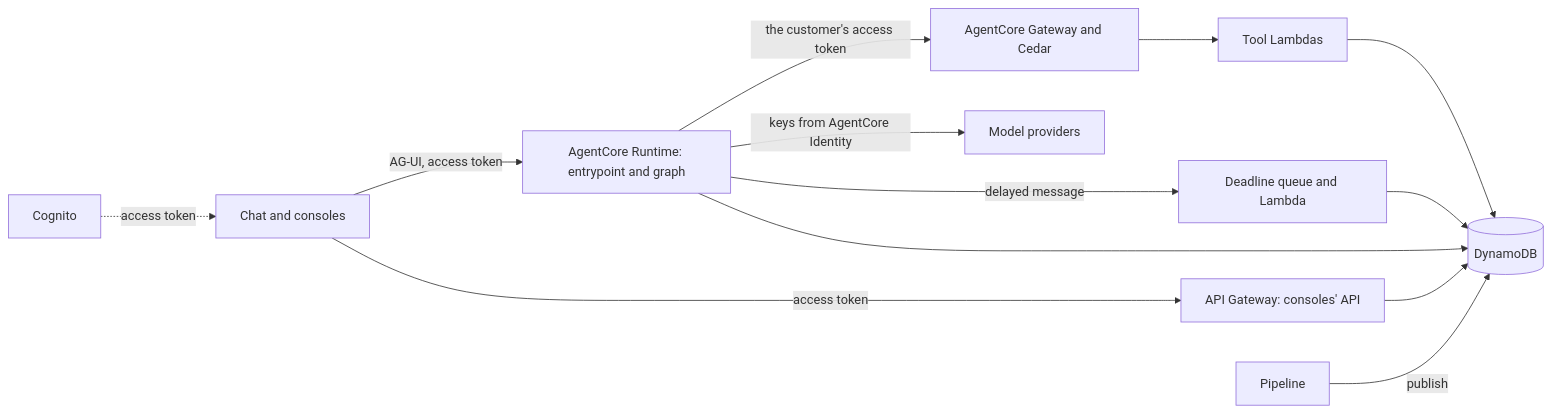
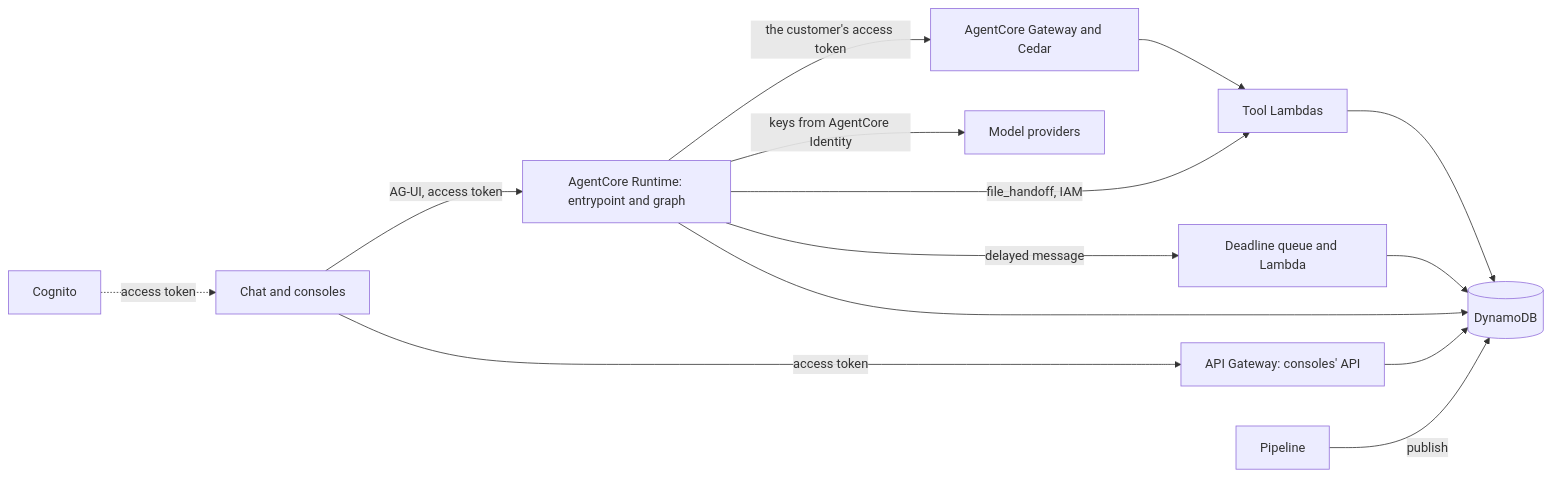
The first of 2 diagrams in docs/adr/0004-agent-architecture-on-agentcore.md (gafnts/factored-hackathon-2026-gafnts), drawn with Mermaid before and after one commit. The commit also changed other lines of this file and 3 other files, not shown here.

````diff
--- a/docs/adr/0004-agent-architecture-on-agentcore.md
+++ b/docs/adr/0004-agent-architecture-on-agentcore.md
@@ -43,25 +43,26 @@
 ```mermaid
 flowchart LR
   COG["Cognito"]
   WEB["Chat and consoles"]
   RT["AgentCore Runtime: entrypoint and graph"]
   API["API Gateway: consoles' API"]
   GW["AgentCore Gateway and Cedar"]
   FN["Tool Lambdas"]
   DL["Deadline queue and Lambda"]
   DB[("DynamoDB")]
   LLM["Model providers"]
   PIPE["Pipeline"]
   COG -.->|"access token"| WEB
   WEB -->|"AG-UI, access token"| RT
   WEB -->|"access token"| API
   RT -->|"the customer's access token"| GW
   GW --> FN
+  RT -->|"file_handoff, IAM"| FN
   FN --> DB
   RT -->|"delayed message"| DL
   DL --> DB
   RT --> DB
   API --> DB
   PIPE -->|"publish"| DB
   RT -->|"keys from AgentCore Identity"| LLM
 ```
````
